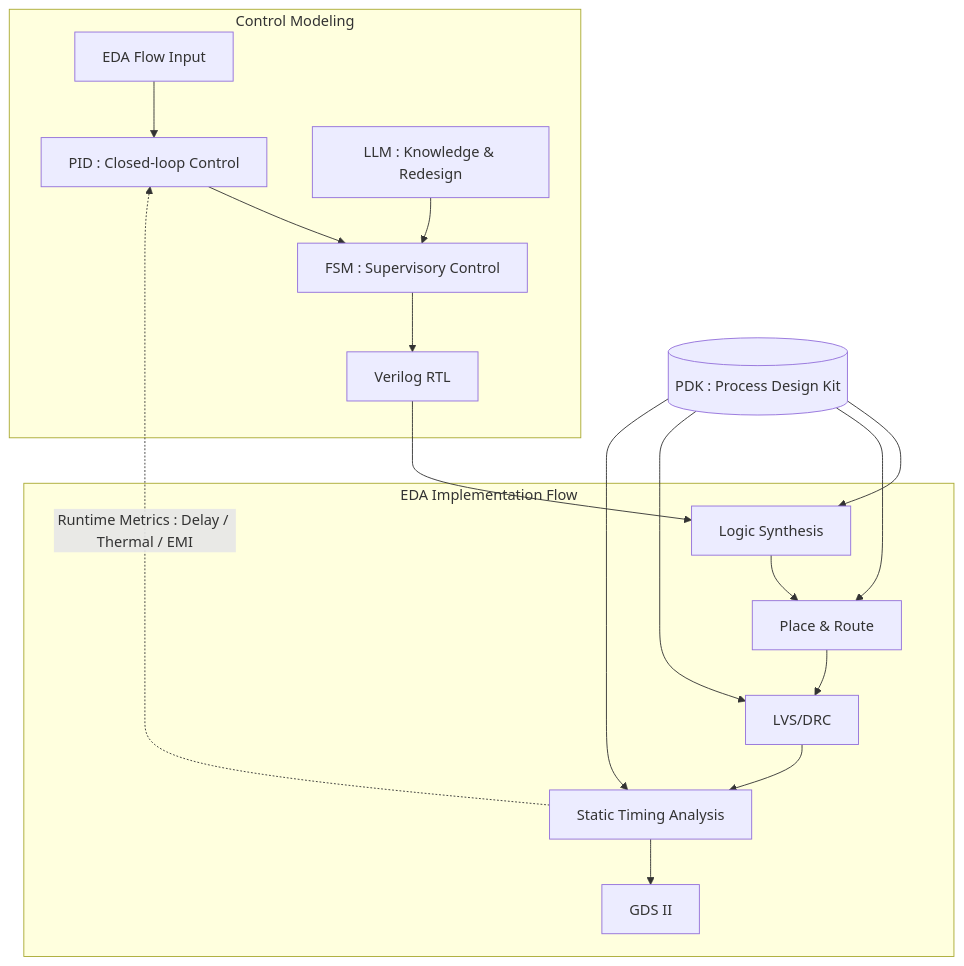
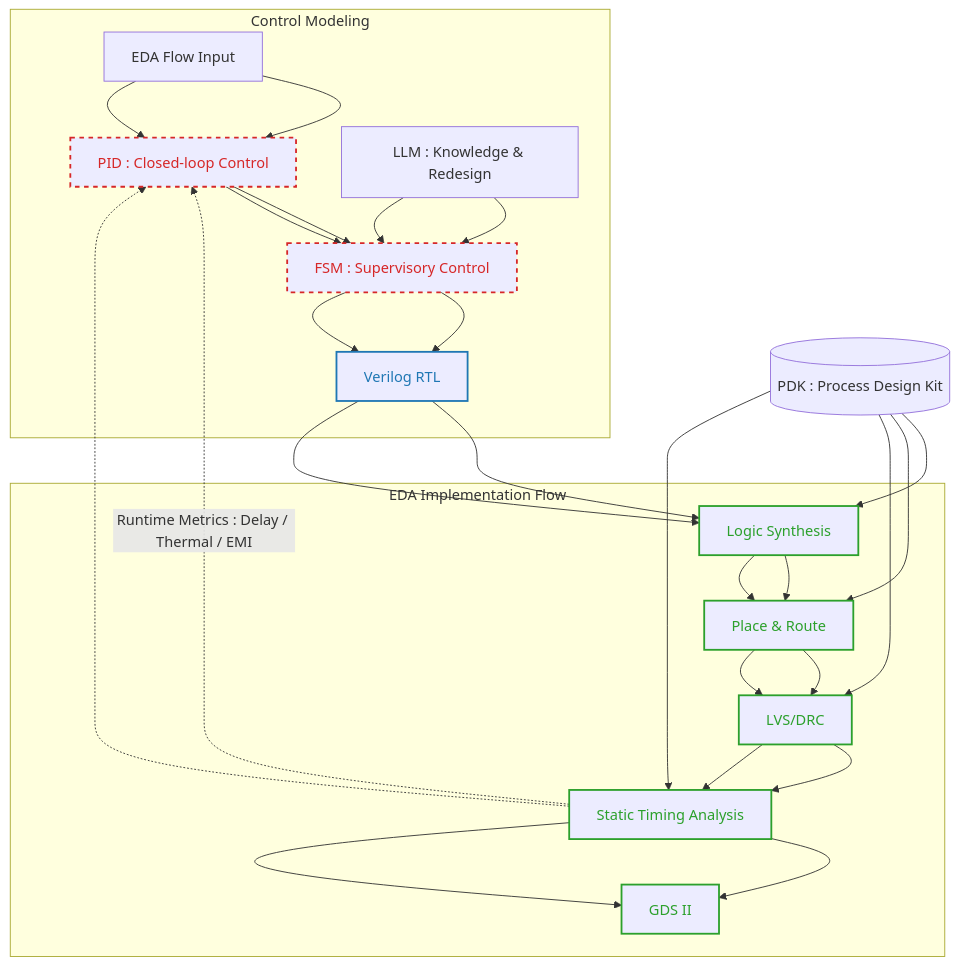
One commit to Samizo-AITL/Edusemi-v4x changed the diagram in f_chapter6_research/index.md. Above: the diagram before and after it, drawn with Mermaid. The commit also changed other lines of this file, not shown here.

````diff
--- a/f_chapter6_research/index.md
+++ b/f_chapter6_research/index.md
@@ -49,26 +52,47 @@
 ```mermaid
 flowchart TB
     subgraph Modeling [Control Modeling]
         A[EDA Flow Input] --> B[PID : Closed-loop Control]
         B --> C[FSM : Supervisory Control]
         F[LLM : Knowledge & Redesign] --> C
         C --> RTL[Verilog RTL]
     end
 
     subgraph EDA [EDA Implementation Flow]
         RTL --> Synth[Logic Synthesis]
         Synth --> PnR[Place & Route]
         PnR --> LVS[LVS/DRC]
         LVS --> STA[Static Timing Analysis]
         STA --> GDS[GDS II]
     end
 
     %% Feedback loop
     STA -.->|Runtime Metrics : Delay / Thermal / EMI| B
 
     %% PDK supports downstream
     PDK[(PDK : Process Design Kit)] --> Synth
     PDK --> PnR
     PDK --> LVS
     PDK --> STA
+
+    %% ---- Style / Colors ----
+    %% Blue arrows for control modeling
+    A --> B:::ctrl
+    B --> C:::ctrl
+    C --> RTL:::ctrl
+
+    %% Green arrows for EDA flow
+    RTL --> Synth:::eda
+    Synth --> PnR:::eda
+    PnR --> LVS:::eda
+    LVS --> STA:::eda
+    STA --> GDS:::eda
+
+    %% Red arrows for LLM feedback
+    F --> C:::llm
+    STA -.-> B:::llm
+
+    classDef ctrl stroke:#1f77b4,stroke-width:2px,color:#1f77b4;
+    classDef eda stroke:#2ca02c,stroke-width:2px,color:#2ca02c;
+    classDef llm stroke:#d62728,stroke-width:2px,color:#d62728,stroke-dasharray: 5 5;
 ```
````
